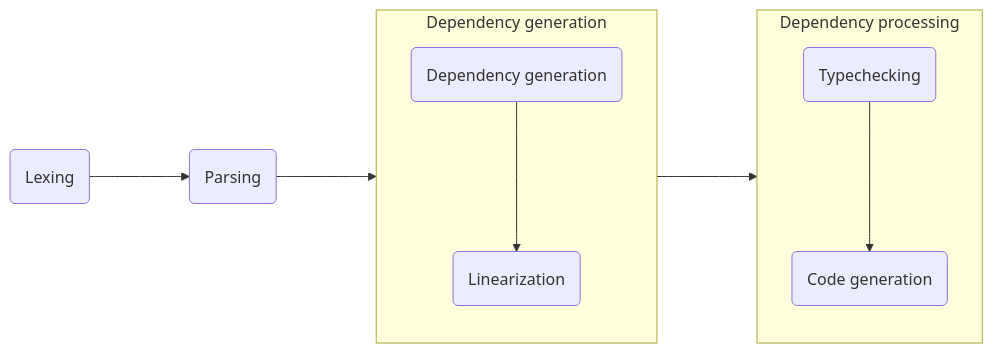
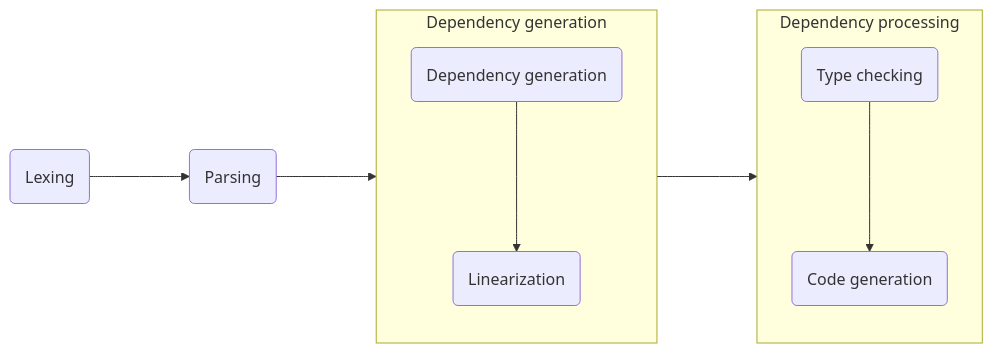
The diagram in docs/internals/index.md (tbklang/documentation), drawn with Mermaid before and after one commit. The commit also changed other lines of this file, not shown here.

````diff
--- a/docs/internals/index.md
+++ b/docs/internals/index.md
@@ -4,11 +4,11 @@
 ```mermaid
 flowchart LR
 	subgraph depStage[Dependency generation]
 		C(Dependency generation) ---> D(Linearization)
 	end
 
 	subgraph depProcStage[Dependency processing]
-		E(Typechecking) ---> F(Code generation)
+		E(Type checking) ---> F(Code generation)
 	end
 	A(Lexing) ---> B(Parsing) ---> depStage ---> depProcStage
 ```
````
